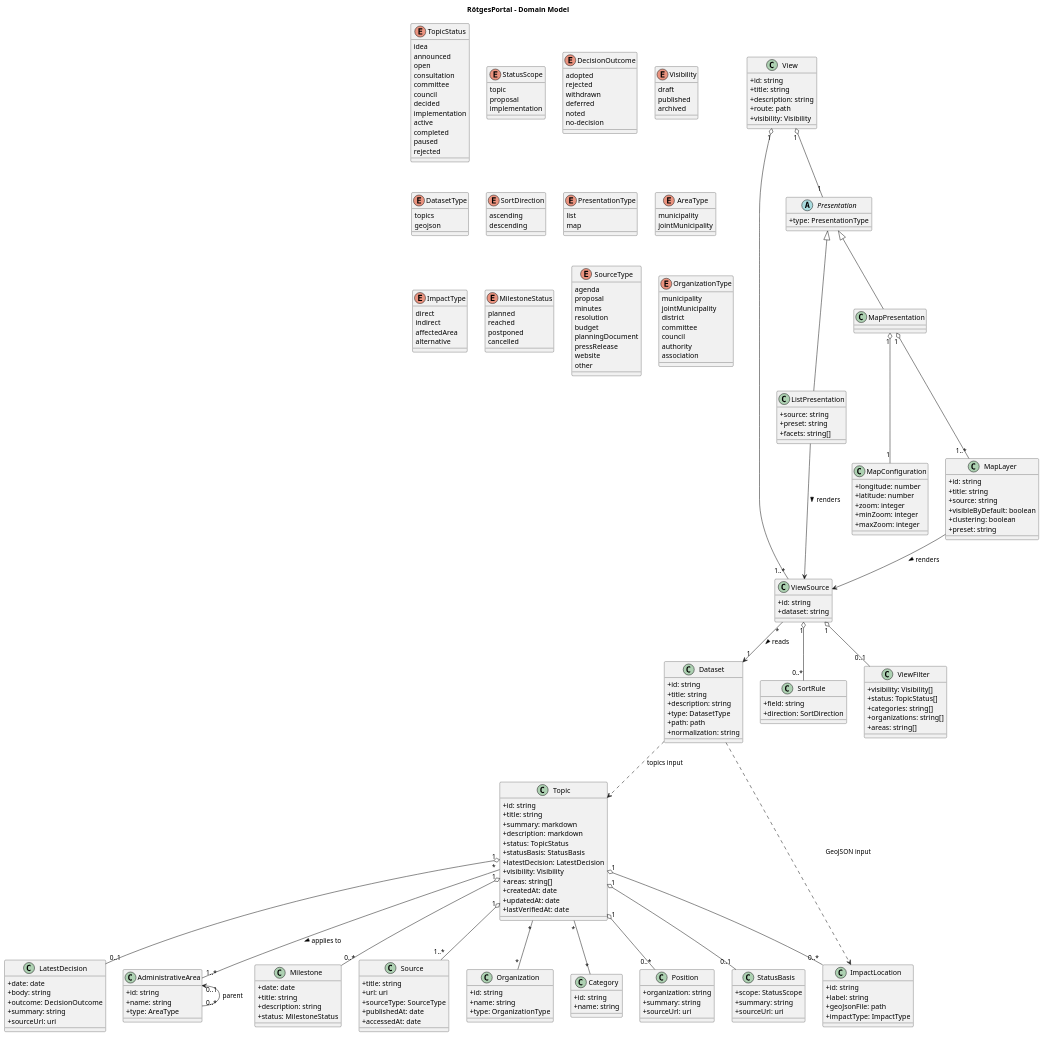
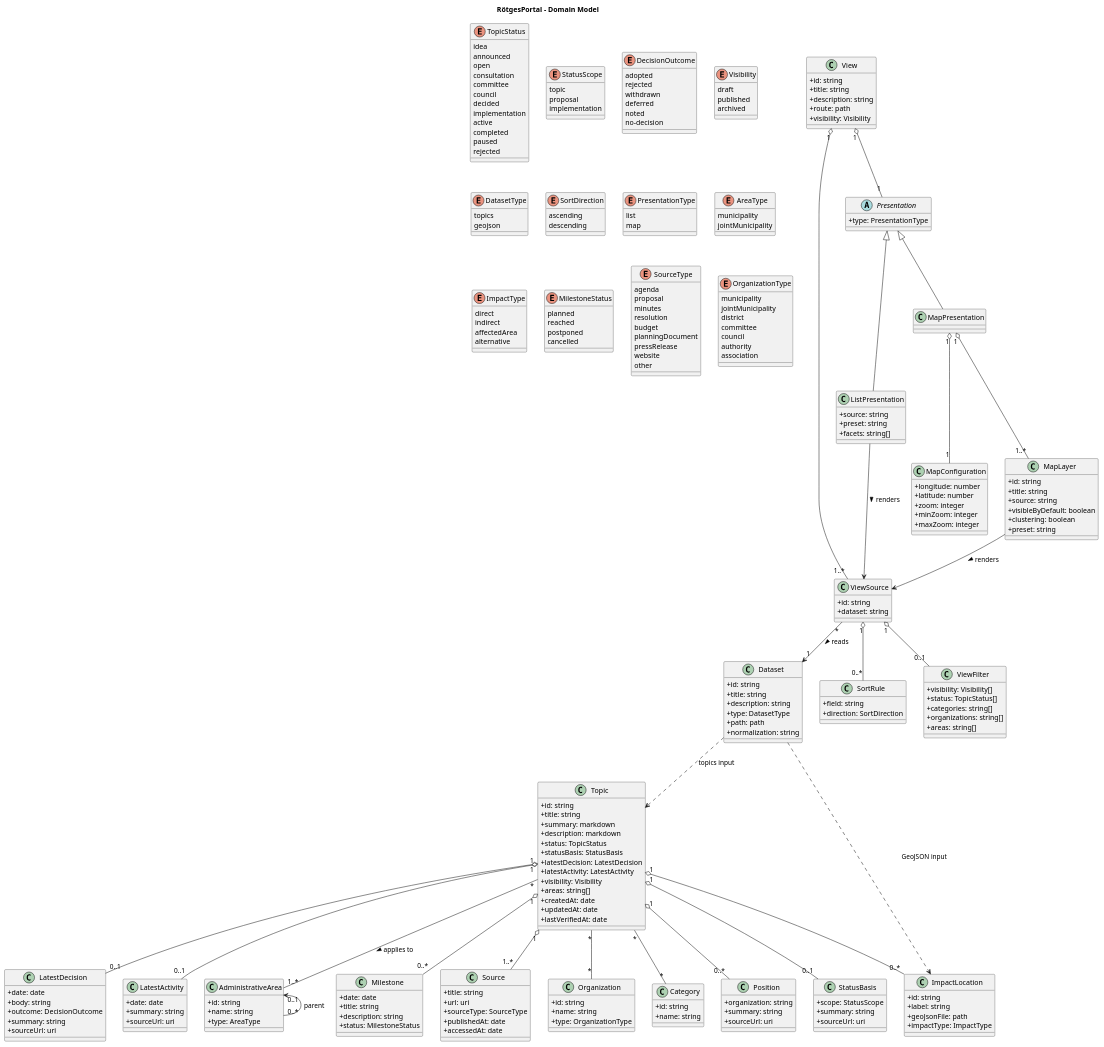
The diagram in docs/architecture/domain-model.puml (codeWithDEI/RoetgesPortal), drawn with PlantUML before and after one commit. The commit also changed 46 other files, not shown here.

First line of the commit message:
Update September content and verified topic activity

```diff
--- a/docs/architecture/domain-model.puml
+++ b/docs/architecture/domain-model.puml
@@ -12,6 +12,7 @@
   +status: TopicStatus
   +statusBasis: StatusBasis
   +latestDecision: LatestDecision
+  +latestActivity: LatestActivity
   +visibility: Visibility
   +areas: string[]
   +createdAt: date
@@ -50,6 +51,12 @@
   +date: date
   +body: string
   +outcome: DecisionOutcome
+  +summary: string
+  +sourceUrl: uri
+}
+
+class LatestActivity {
+  +date: date
   +summary: string
   +sourceUrl: uri
 }
@@ -237,6 +244,7 @@
 Topic "1" o-- "0..*" ImpactLocation
 Topic "1" o-- "0..1" StatusBasis
 Topic "1" o-- "0..1" LatestDecision
+Topic "1" o-- "0..1" LatestActivity
 Topic "*" -- "1..*" AdministrativeArea : applies to >
 AdministrativeArea "0..1" <-- "0..*" AdministrativeArea : parent
 Topic "1" o-- "0..*" Milestone
```
